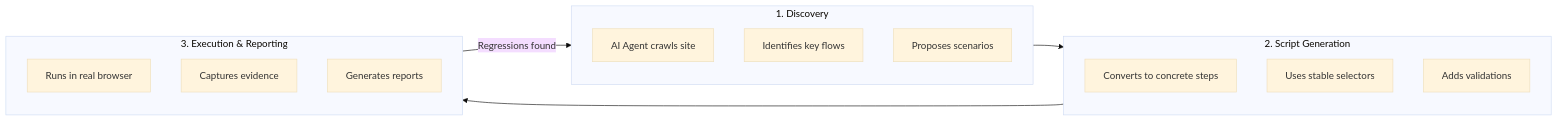
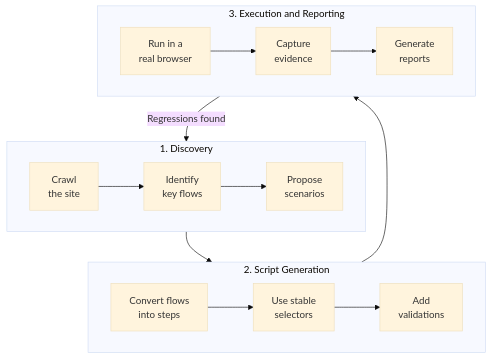
One commit to multiplex-ai/muggle-ai-docs changed the first of 2 diagrams in concepts/how-muggle-test-works.md. Above: the diagram before and after it, drawn with Mermaid (base theme).

Commit message:
docs: refine Muggle Test workflow diagram for clarity and consistency, updating flow directions and labels for better understanding

````diff
--- a/concepts/how-muggle-test-works.md
+++ b/concepts/how-muggle-test-works.md
@@ -9,27 +9,30 @@
 ```mermaid
-flowchart LR
+flowchart TB
     subgraph discovery["1. Discovery"]
-        direction TB
-        crawl["AI Agent crawls site"]
-        identify["Identifies key flows"]
-        propose["Proposes scenarios"]
+        direction LR
+        crawl["Crawl<br/>the site"]
+        identify["Identify<br/>key flows"]
+        propose["Propose<br/>scenarios"]
+        crawl --> identify --> propose
     end
-    
+
     subgraph generation["2. Script Generation"]
-        direction TB
-        steps["Converts to concrete steps"]
-        selectors["Uses stable selectors"]
-        assertions["Adds validations"]
+        direction LR
+        steps["Convert flows<br/>into steps"]
+        selectors["Use stable<br/>selectors"]
+        assertions["Add<br/>validations"]
+        steps --> selectors --> assertions
     end
-    
-    subgraph execution["3. Execution & Reporting"]
-        direction TB
-        run["Runs in real browser"]
-        capture["Captures evidence"]
-        report["Generates reports"]
+
+    subgraph execution["3. Execution and Reporting"]
+        direction LR
+        run["Run in a<br/>real browser"]
+        capture["Capture<br/>evidence"]
+        report["Generate<br/>reports"]
+        run --> capture --> report
     end
-    
+
     discovery --> generation
     generation --> execution
     execution -->|"Regressions found"| discovery
 ```
````
